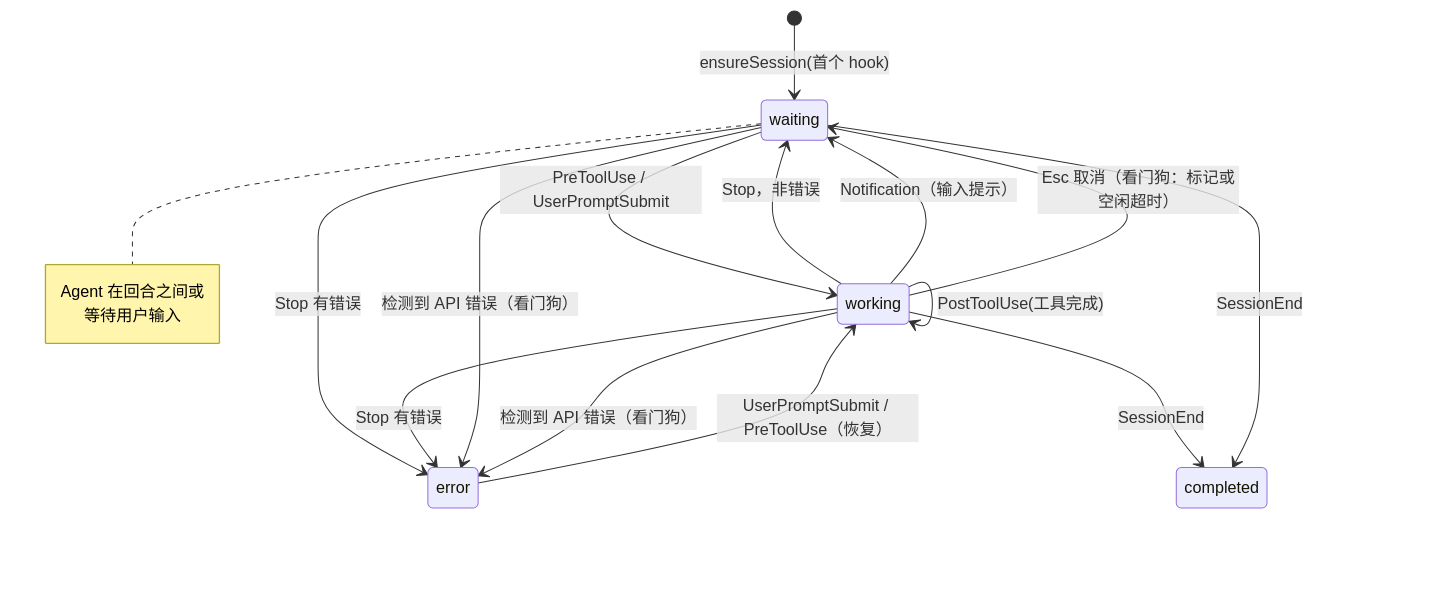
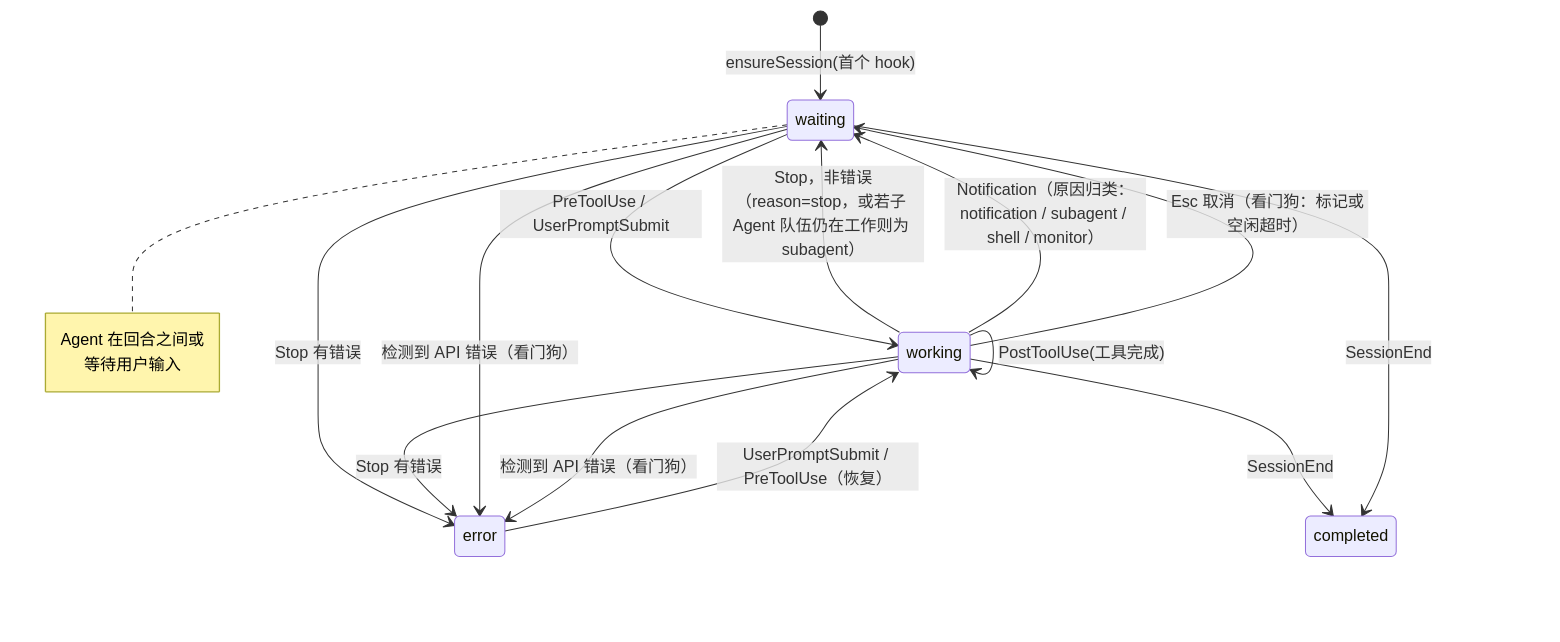
One commit to hoangsonww/Claude-Code-Agent-Monitor changed the fourth of 23 diagrams in README-CN.md. Above: the diagram before and after it, drawn with Mermaid. The commit also changed other lines of this file and 28 other files, not shown here.

First line of the commit message:
feat(status): distinguish subagent/shell/monitor as active-work awaiting reasons

````diff
--- a/README-CN.md
+++ b/README-CN.md
@@ -541,21 +541,21 @@
 ```mermaid
 stateDiagram-v2
     [*] --> waiting: ensureSession(首个 hook)
     waiting --> working: PreToolUse / UserPromptSubmit
     working --> working: PostToolUse(工具完成)
-    working --> waiting: Stop，非错误
-    working --> waiting: Notification（输入提示）
+    working --> waiting: Stop，非错误（reason=stop，或若子 Agent 队伍仍在工作则为 subagent）
+    working --> waiting: Notification（原因归类：notification / subagent / shell / monitor）
     working --> waiting: Esc 取消（看门狗：标记或空闲超时）
     waiting --> error: Stop 有错误
     working --> error: Stop 有错误
     waiting --> error: 检测到 API 错误（看门狗）
     working --> error: 检测到 API 错误（看门狗）
     error --> working: UserPromptSubmit / PreToolUse（恢复）
     working --> completed: SessionEnd
     waiting --> completed: SessionEnd
 
     note right of waiting
         Agent 在回合之间或
         等待用户输入
     end note
 ```
````
